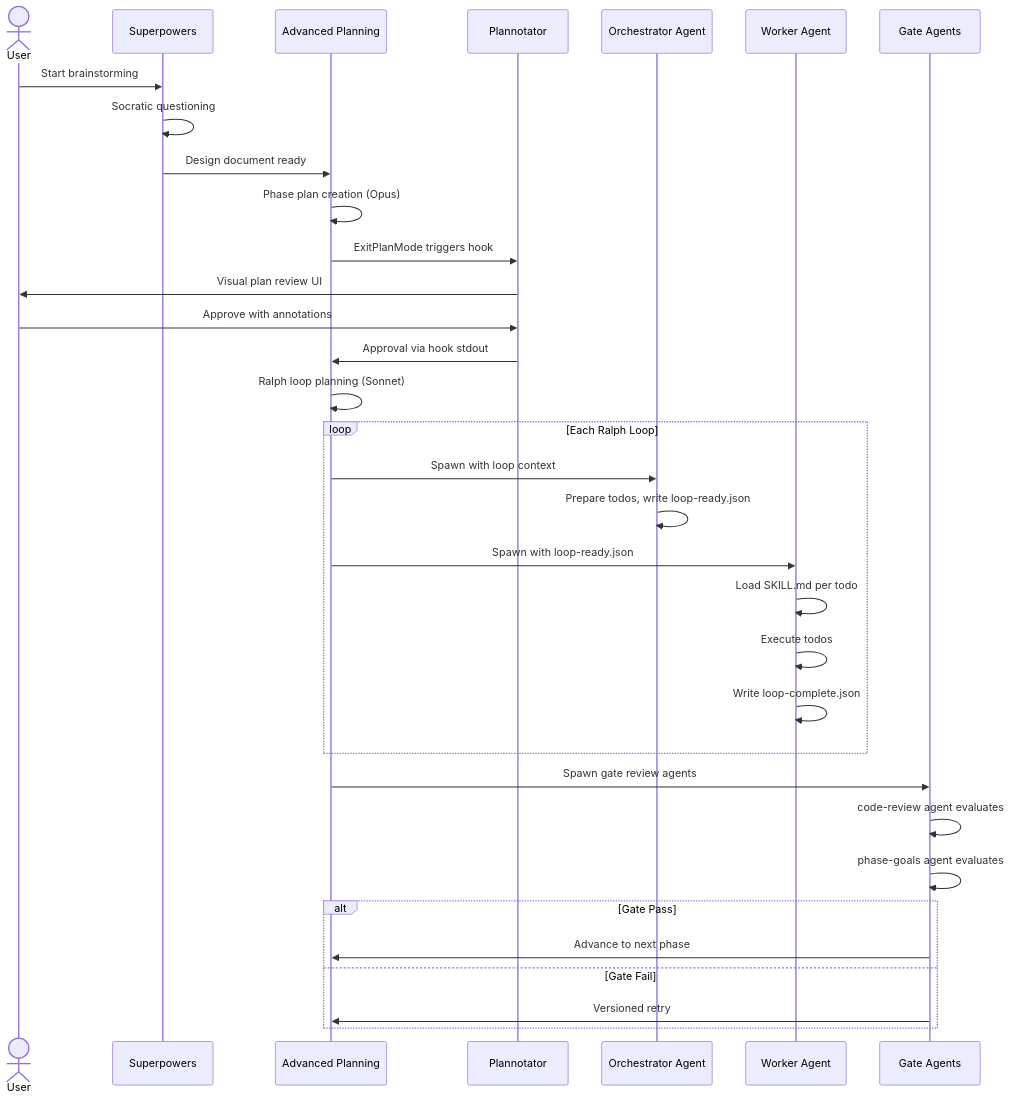
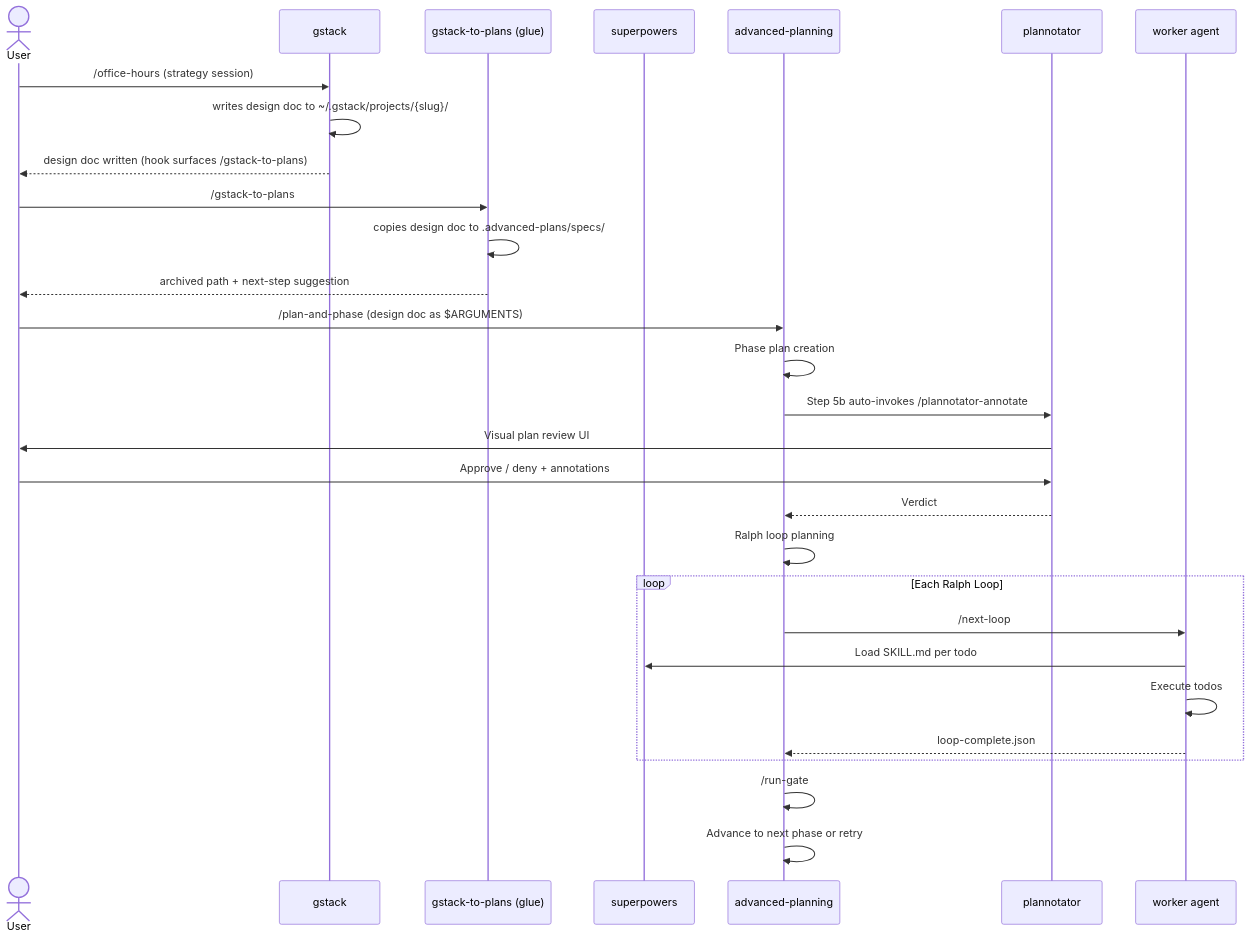
One commit to MungoHarvey/Advanced-AI-Workflows changed the third of 6 diagrams in ARCHITECTURE.md. Above: the diagram before and after it, drawn with Mermaid. The commit also changed other lines of this file and 6 other files, not shown here.

Commit message:
complete: ralph-loop-003 — five doc rewrites for four-tool framing

````diff
--- a/ARCHITECTURE.md
+++ b/ARCHITECTURE.md
@@ -118,41 +170,40 @@
 ```mermaid
 sequenceDiagram
+    accTitle: Complete Four-Tool Workflow Sequence
+    accDescr: Shows the handoff sequence from gstack strategy through glue, advanced-planning execution, and plannotator review.
+
     actor User
-    participant SP as Superpowers
-    participant AP as Advanced Planning
-    participant PN as Plannotator
-    participant Orch as Orchestrator Agent
-    participant Work as Worker Agent
-    participant Gate as Gate Agents
+    participant GS as gstack
+    participant GL as gstack-to-plans (glue)
+    participant SP as superpowers
+    participant AP as advanced-planning
+    participant PN as plannotator
+    participant Work as worker agent
 
-    User->>SP: Start brainstorming
-    SP->>SP: Socratic questioning
-    SP->>AP: Design document ready
+    User->>GS: /office-hours (strategy session)
+    GS->>GS: writes design doc to ~/.gstack/projects/{slug}/
+    GS-->>User: design doc written (hook surfaces /gstack-to-plans)
 
-    AP->>AP: Phase plan creation (Opus)
-    AP->>PN: ExitPlanMode triggers hook
+    User->>GL: /gstack-to-plans
+    GL->>GL: copies design doc to .advanced-plans/specs/
+    GL-->>User: archived path + next-step suggestion
+
+    User->>AP: /plan-and-phase (design doc as $ARGUMENTS)
+    AP->>AP: Phase plan creation
+    AP->>PN: Step 5b auto-invokes /plannotator-annotate
     PN->>User: Visual plan review UI
-    User->>PN: Approve with annotations
-    PN->>AP: Approval via hook stdout
+    User->>PN: Approve / deny + annotations
+    PN-->>AP: Verdict
 
-    AP->>AP: Ralph loop planning (Sonnet)
+    AP->>AP: Ralph loop planning
 
     loop Each Ralph Loop
-        AP->>Orch: Spawn with loop context
-        Orch->>Orch: Prepare todos, write loop-ready.json
-        AP->>Work: Spawn with loop-ready.json
-        Work->>Work: Load SKILL.md per todo
+        AP->>Work: /next-loop
+        Work->>SP: Load SKILL.md per todo
         Work->>Work: Execute todos
-        Work->>Work: Write loop-complete.json
+        Work-->>AP: loop-complete.json
     end
 
-    AP->>Gate: Spawn gate review agents
-    Gate->>Gate: code-review agent evaluates
-    Gate->>Gate: phase-goals agent evaluates
-
-    alt Gate Pass
-        Gate->>AP: Advance to next phase
-    else Gate Fail
-        Gate->>AP: Versioned retry
-    end
+    AP->>AP: /run-gate
+    AP->>AP: Advance to next phase or retry
 ```
````
